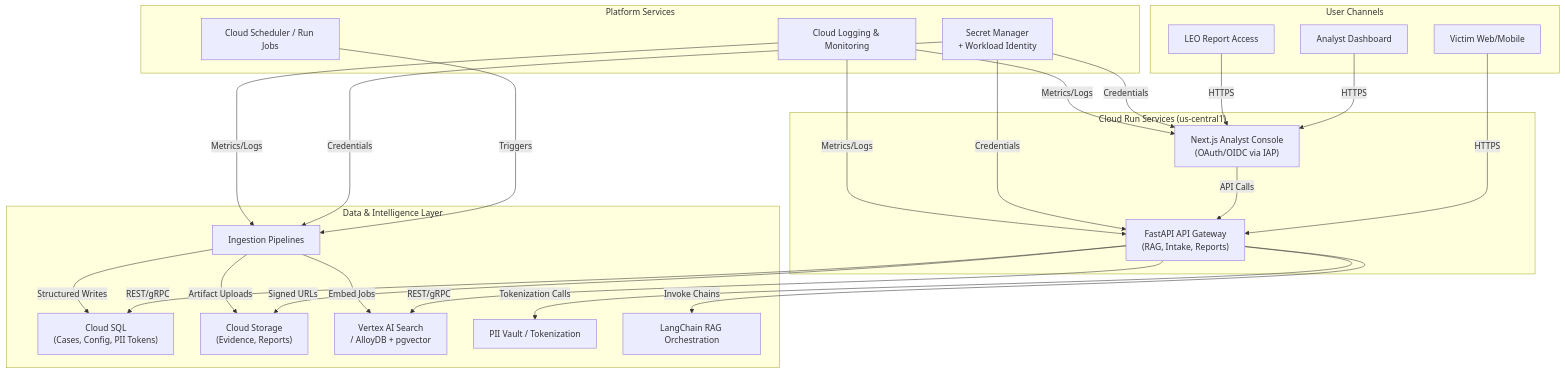
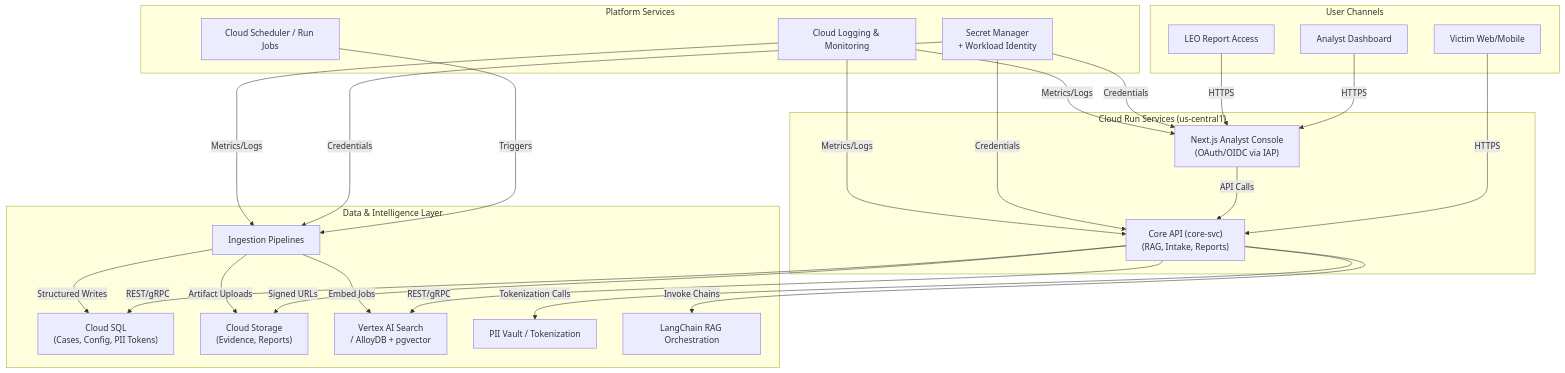
The first of 3 diagrams in docs/design/architecture.md (intelligenceforgood/core), drawn with Mermaid before and after one commit. The commit also changed other lines of this file and 20 other files, not shown here.

````diff
--- a/docs/design/architecture.md
+++ b/docs/design/architecture.md
@@ -67,52 +68,52 @@
 ```mermaid
 flowchart TB
   subgraph Users["User Channels"]
     Victim[Victim Web/Mobile]
     Analyst[Analyst Dashboard]
     LEO[LEO Report Access]
   end
 
   subgraph CloudRun["Cloud Run Services (us-central1)"]
-    FastAPI["FastAPI API Gateway<br>(RAG, Intake, Reports)"]
+    CoreSvc["Core API (core-svc)<br>(RAG, Intake, Reports)"]
     NextJS["Next.js Analyst Console<br>(OAuth/OIDC via IAP)"]
   end
 
   subgraph DataLayer["Data & Intelligence Layer"]
     CloudSQL["Cloud SQL<br>(Cases, Config, PII Tokens)"]
     Storage["Cloud Storage<br>(Evidence, Reports)"]
     Vector[Vertex AI Search<br>/ AlloyDB + pgvector]
     TokenVault[PII Vault / Tokenization]
     IngestionPipelines[Ingestion Pipelines]
     RAG[LangChain RAG Orchestration]
   end
 
   subgraph Ops["Platform Services"]
     Scheduler[Cloud Scheduler / Run Jobs]
     Secrets[Secret Manager<br> + Workload Identity]
     Telemetry[Cloud Logging & Monitoring]
   end
 
-  Victim -- HTTPS --> FastAPI
+  Victim -- HTTPS --> CoreSvc
   Analyst -- HTTPS --> NextJS
   LEO -- HTTPS --> NextJS
 
-  FastAPI -- REST/gRPC --> CloudSQL
-  FastAPI -- REST/gRPC --> Vector
-  FastAPI -- Signed URLs --> Storage
-  FastAPI -- Tokenization Calls --> TokenVault
-  FastAPI -- Invoke Chains --> RAG
+  CoreSvc -- REST/gRPC --> CloudSQL
+  CoreSvc -- REST/gRPC --> Vector
+  CoreSvc -- Signed URLs --> Storage
+  CoreSvc -- Tokenization Calls --> TokenVault
+  CoreSvc -- Invoke Chains --> RAG
 
-  NextJS -- API Calls --> FastAPI
+  NextJS -- API Calls --> CoreSvc
 
   IngestionPipelines -- Structured Writes --> CloudSQL
   IngestionPipelines -- Artifact Uploads --> Storage
   IngestionPipelines -- Embed Jobs --> Vector
 
   Scheduler -- Triggers --> IngestionPipelines
-  Secrets -- Credentials --> FastAPI
+  Secrets -- Credentials --> CoreSvc
   Secrets -- Credentials --> NextJS
   Secrets -- Credentials --> IngestionPipelines
-  Telemetry -- Metrics/Logs --> FastAPI
+  Telemetry -- Metrics/Logs --> CoreSvc
   Telemetry -- Metrics/Logs --> NextJS
   Telemetry -- Metrics/Logs --> IngestionPipelines
 ```
````
